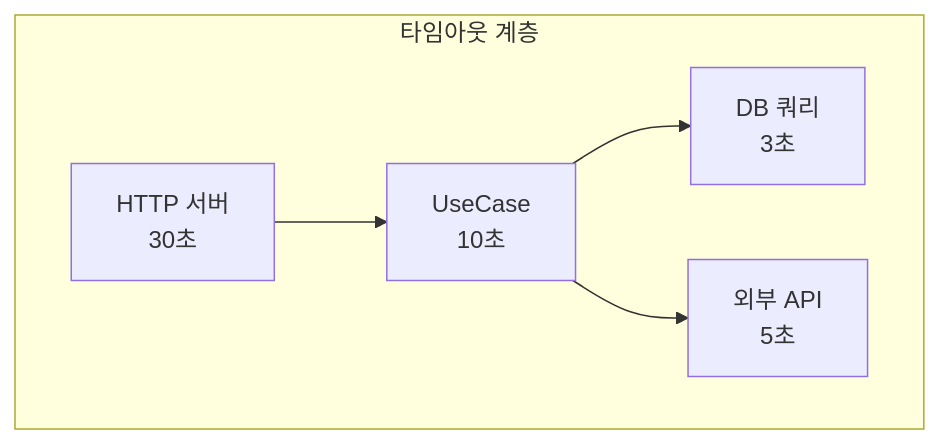
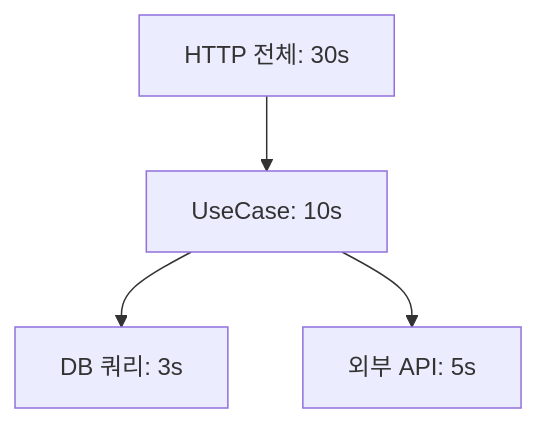
The first of 4 diagrams in src/content/backend/go/enterprise-go-3-context.md (KimSeogyu/KimSeogyu.github.io), drawn with Mermaid before and after one commit. The commit also changed other lines of this file and 7 other files, not shown here.

````diff
--- a/src/content/backend/go/enterprise-go-3-context.md
+++ b/src/content/backend/go/enterprise-go-3-context.md
@@ -84,13 +42,6 @@
 ```mermaid
 graph TB
-    subgraph "타임아웃 계층"
-        HTTP["HTTP 서버<br/>30초"]
-        USECASE["UseCase<br/>10초"]
-        DB["DB 쿼리<br/>3초"]
-        EXT["외부 API<br/>5초"]
-    end
-    
-    HTTP --> USECASE
-    USECASE --> DB
-    USECASE --> EXT
+    HTTP["HTTP 전체: 30s"] --> UC["UseCase: 10s"]
+    UC --> DB["DB 쿼리: 3s"]
+    UC --> EXT["외부 API: 5s"]
 ```
````
